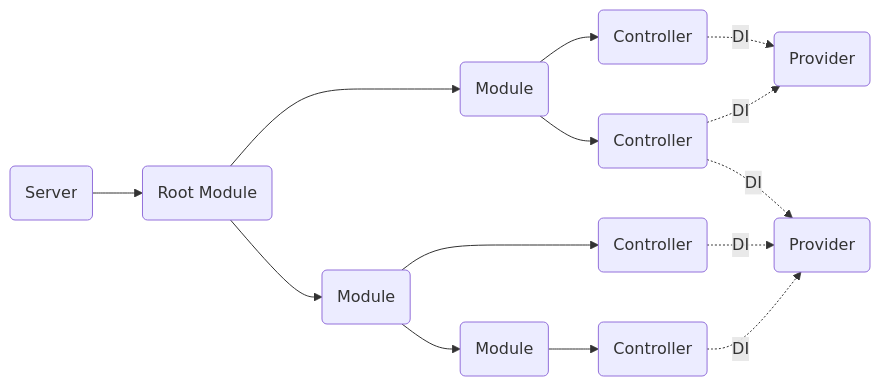
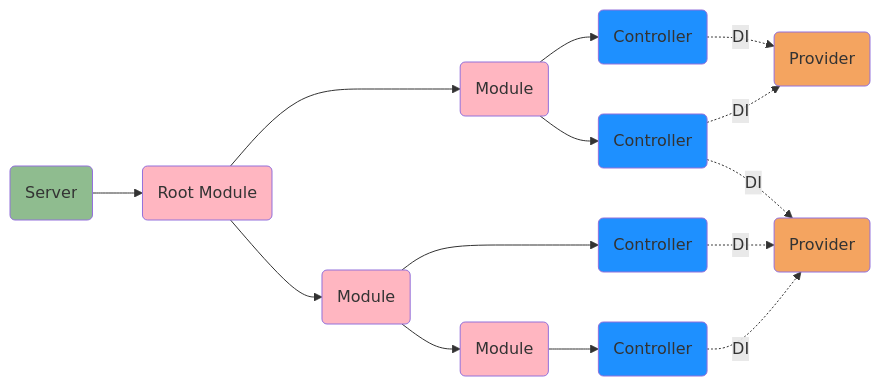
One commit to peque-ts/website changed the diagram in docs/framework/architecture.md. Above: the diagram before and after it, drawn with Mermaid. The commit also changed 28 other files, not shown here.

Commit message:
chore: replace diagrams with mermaid

````diff
--- a/docs/framework/architecture.md
+++ b/docs/framework/architecture.md
@@ -9,18 +9,23 @@
 ```mermaid
 graph LR
   linkStyle default interpolate basis
   
-  S(Server) --> RM(Root Module)
-  RM --> M1(Module)
-  RM --> M2(Module)
-  M1 --> C1(Controller)
-  M1 --> C2(Controller)
-  M2 --> M3(Module)
-  M2 --> C3(Controller)
-  M3 --> C4(Controller)
-  C1 -.DI.-> P1(Provider)
+  S(Server):::server --> RM(Root Module):::module
+  RM --> M1(Module):::module
+  RM --> M2(Module):::module
+  M1 --> C1(Controller):::controller
+  M1 --> C2(Controller):::controller
+  M2 --> M3(Module):::module
+  M2 --> C3(Controller):::controller
+  M3 --> C4(Controller):::controller
+  C1 -.DI.-> P1(Provider):::service
   C2 -.DI.-> P1
-  C2 -.DI.-> P2(Provider)
+  C2 -.DI.-> P2(Provider):::service
   C3 -.DI.-> P2
   C4 -.DI.-> P2
+  
+  classDef server fill:DarkSeaGreen
+  classDef module fill:LightPink
+  classDef controller fill:DodgerBlue
+  classDef service fill:SandyBrown
 ```
````
